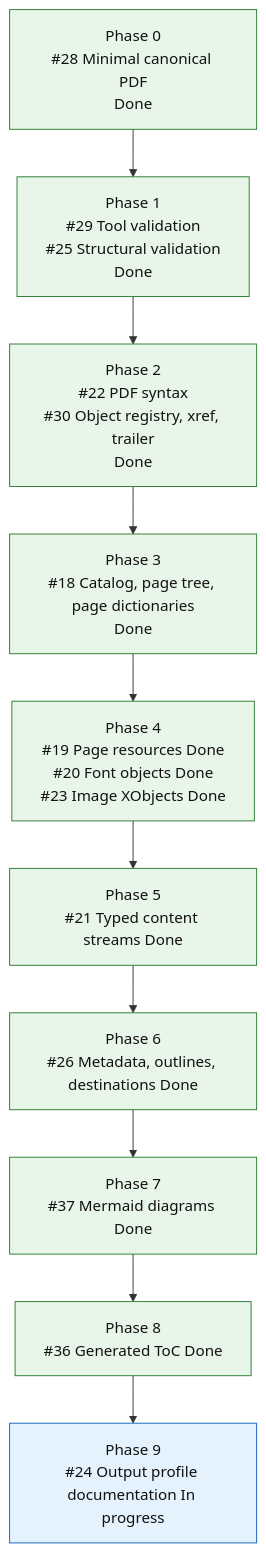
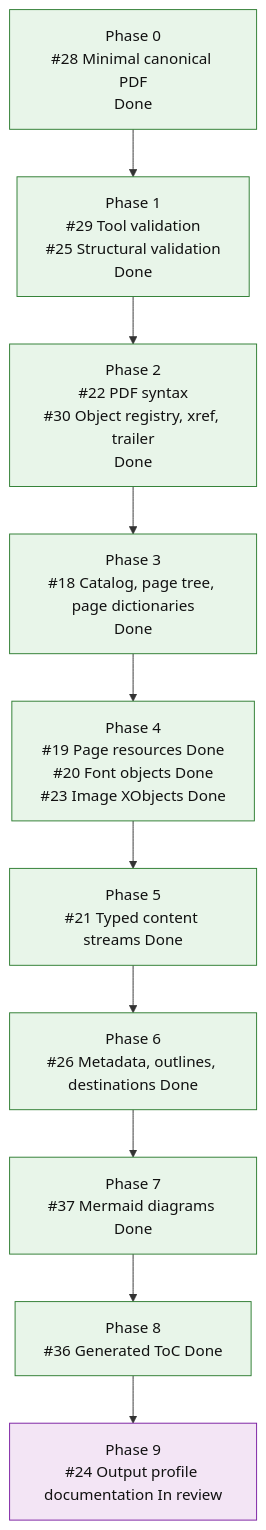
One commit to mihaelamj/MarkdownPDF changed the diagram in README.md. Above: the diagram before and after it, drawn with Mermaid.

Commit message:
docs(roadmap): mark output profile in review

````diff
--- a/README.md
+++ b/README.md
@@ -138,23 +138,23 @@
 ```mermaid
 flowchart TD
     P0["Phase 0<br/>#28 Minimal canonical PDF<br/>Done"]
     P1["Phase 1<br/>#29 Tool validation<br/>#25 Structural validation<br/>Done"]
     P2["Phase 2<br/>#22 PDF syntax<br/>#30 Object registry, xref, trailer<br/>Done"]
     P3["Phase 3<br/>#18 Catalog, page tree, page dictionaries<br/>Done"]
     P4["Phase 4<br/>#19 Page resources Done<br/>#20 Font objects Done<br/>#23 Image XObjects Done"]
     P5["Phase 5<br/>#21 Typed content streams Done"]
     P6["Phase 6<br/>#26 Metadata, outlines, destinations Done"]
     P7["Phase 7<br/>#37 Mermaid diagrams Done"]
     P8["Phase 8<br/>#36 Generated ToC Done"]
-    P9["Phase 9<br/>#24 Output profile documentation In progress"]
+    P9["Phase 9<br/>#24 Output profile documentation In review"]
 
     P0 --> P1 --> P2 --> P3 --> P4 --> P5 --> P6 --> P7 --> P8 --> P9
 
     classDef done fill:#e8f5e9,stroke:#2e7d32,color:#111;
     classDef active fill:#e3f2fd,stroke:#1565c0,color:#111;
     classDef review fill:#f3e5f5,stroke:#7b1fa2,color:#111;
     classDef next fill:#fff8e1,stroke:#f9a825,color:#111;
     classDef todo fill:#eef3ff,stroke:#3367d6,color:#111;
     class P0,P1,P2,P3,P4,P5,P6,P7,P8 done;
-    class P9 active;
+    class P9 review;
 ```
````
